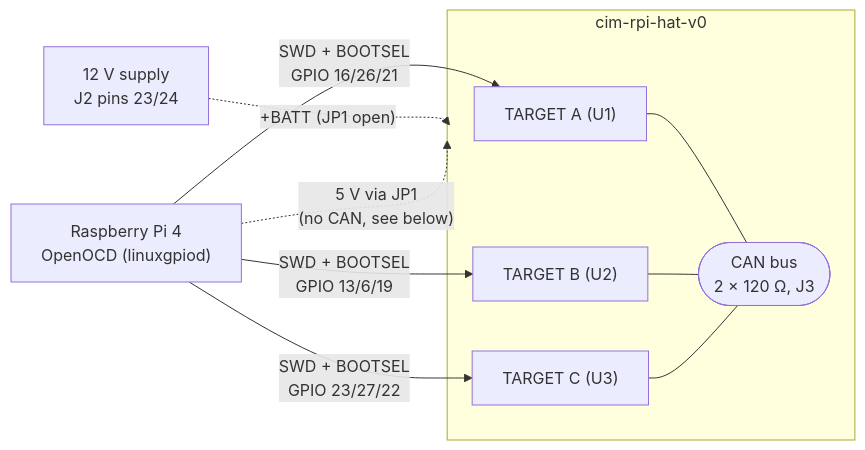
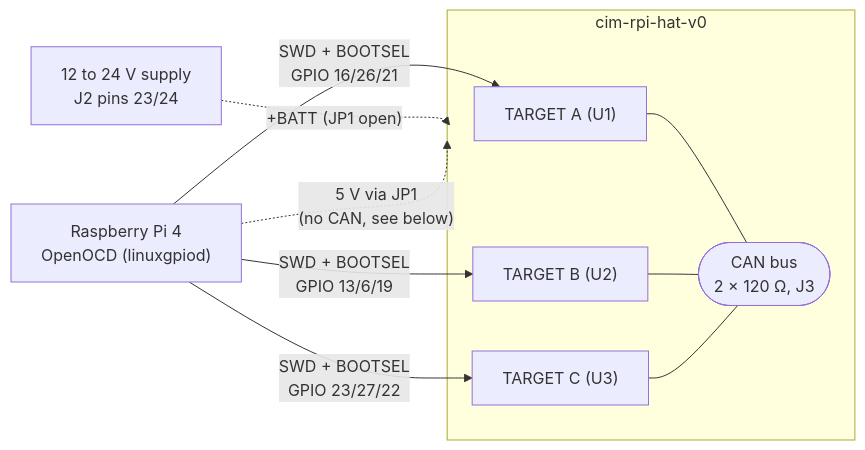
Before and after one commit to bluuas/cim: the first of 2 diagrams in docs/hil/README.md, drawn with Mermaid. The commit also changed other lines of this file and 12 other files, not shown here.

````diff
--- a/docs/hil/README.md
+++ b/docs/hil/README.md
@@ -14,17 +14,17 @@
 ```mermaid
 flowchart LR
     pi["Raspberry Pi 4<br/>OpenOCD (linuxgpiod)"]
     subgraph hat["cim-rpi-hat-v0"]
         a["TARGET A (U1)"]
         b["TARGET B (U2)"]
         c["TARGET C (U3)"]
         can(["CAN bus<br/>2 × 120 Ω, J3"])
     end
-    psu["12 V supply<br/>J2 pins 23/24"]
+    psu["12 to 24 V supply<br/>J2 pins 23/24"]
     pi -- "SWD + BOOTSEL<br/>GPIO 16/26/21" --> a
     pi -- "SWD + BOOTSEL<br/>GPIO 13/6/19" --> b
     pi -- "SWD + BOOTSEL<br/>GPIO 23/27/22" --> c
     a & b & c --- can
     psu -. "+BATT (JP1 open)" .-> hat
     pi -. "5 V via JP1<br/>(no CAN, see below)" .-> hat
 ```
````
